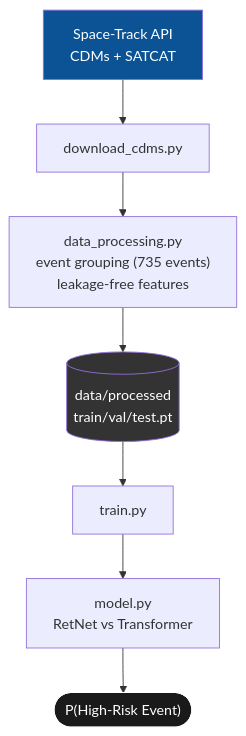
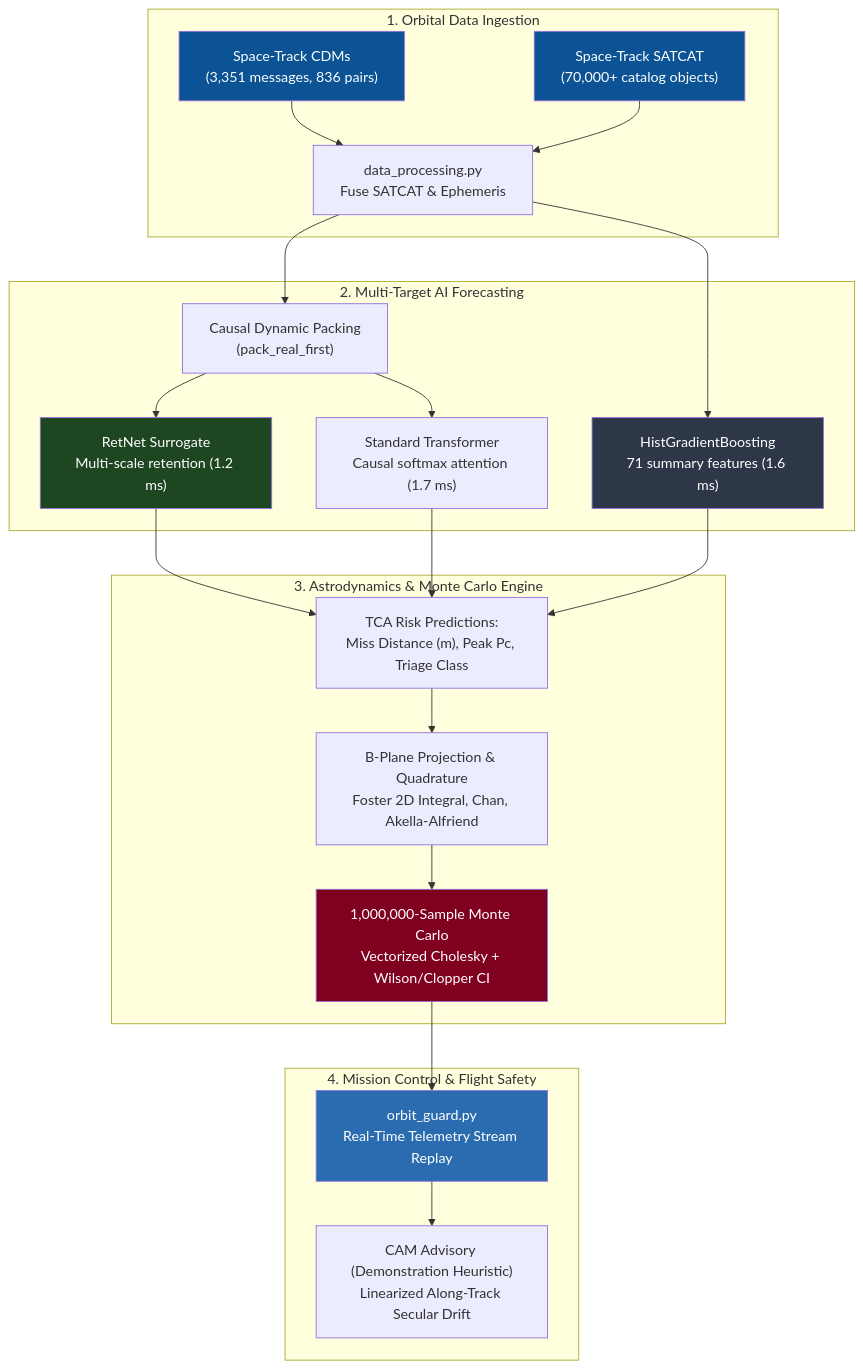
The diagram in README.md (sai-ganesh-4539/satellite-conjunction-analysis-with-collision-prediction), drawn with Mermaid before and after one commit. The commit also changed other lines of this file and 17 other files, not shown here.

Commit message:
audit(core): complete pre-merge scientific validation, astrodynamic test suite, and flight safety hardening

````diff
--- a/README.md
+++ b/README.md
@@ -134,13 +38,32 @@
 ```mermaid
 flowchart TD
-    A["Space-Track API<br>CDMs + SATCAT"] --> C["download_cdms.py"]
-    C --> E["data_processing.py<br>event grouping (735 events)<br>leakage-free features"]
-    E --> F[("data/processed<br>train/val/test.pt")]
-    F --> H["train.py"]
-    H --> I["model.py<br>RetNet vs Transformer"]
-    I --> J(["P(High-Risk Event)"])
+    subgraph Data ["1. Orbital Data Ingestion"]
+        CDM["Space-Track CDMs<br>(3,351 messages, 836 pairs)"] --> MERGE["data_processing.py<br>Fuse SATCAT & Ephemeris"]
+        SAT["Space-Track SATCAT<br>(70,000+ catalog objects)"] --> MERGE
+    end
 
-    style A fill:#0b5394,color:#fff
-    style F fill:#333,color:#fff
-    style J fill:#1a1a1a,color:#fff,stroke:#fff
+    subgraph Models ["2. Multi-Target AI Forecasting"]
+        MERGE --> PACK["Causal Dynamic Packing<br>(pack_real_first)"]
+        PACK --> RET["RetNet Surrogate<br>Multi-scale retention (1.2 ms)"]
+        PACK --> TRANS["Standard Transformer<br>Causal softmax attention (1.7 ms)"]
+        MERGE --> HGB["HistGradientBoosting<br>71 summary features (1.6 ms)"]
+    end
+
+    subgraph Engine ["3. Astrodynamics & Monte Carlo Engine"]
+        RET & TRANS & HGB --> FORECAST["TCA Risk Predictions:<br>Miss Distance (m), Peak Pc, Triage Class"]
+        FORECAST --> BPLANE["B-Plane Projection & Quadrature<br>Foster 2D Integral, Chan, Akella-Alfriend"]
+        BPLANE --> MC["1,000,000-Sample Monte Carlo<br>Vectorized Cholesky + Wilson/Clopper CI"]
+    end
+
+    subgraph Ops ["4. Mission Control & Flight Safety"]
+        MC --> CLI["orbit_guard.py<br>Real-Time Telemetry Stream Replay"]
+        CLI --> CAM["CAM Advisory (Demonstration Heuristic)<br>Linearized Along-Track Secular Drift"]
+    end
+
+    style CDM fill:#0b5394,color:#fff
+    style SAT fill:#0b5394,color:#fff
+    style RET fill:#1e4620,color:#fff
+    style HGB fill:#2d3748,color:#fff
+    style MC fill:#800020,color:#fff
+    style CLI fill:#2b6cb0,color:#fff
 ```
````
